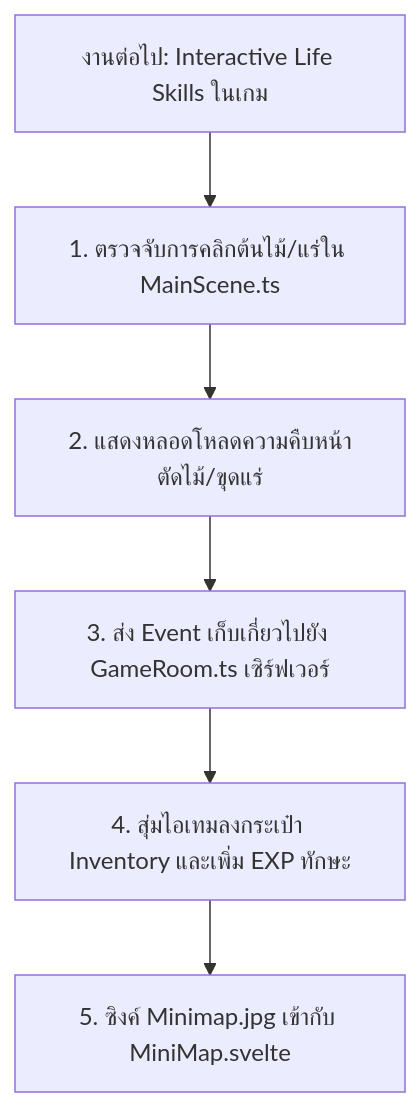
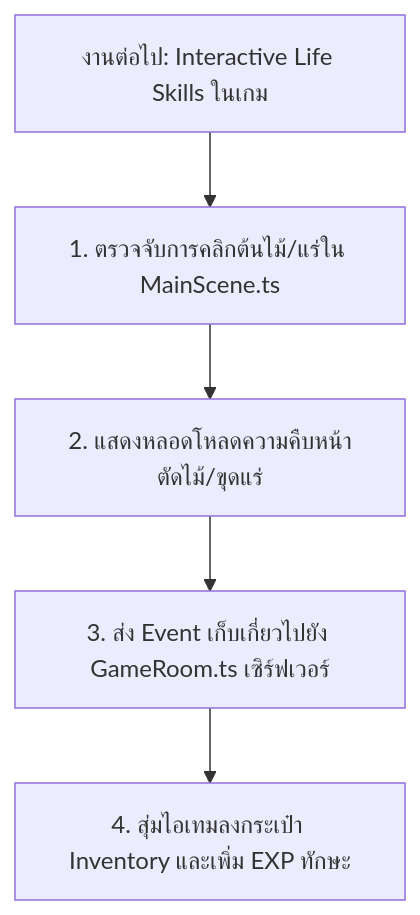
One commit to ZXD44/Drami-ZXD44 changed the diagram in .agent/AI_HANDOVER.md. Above: the diagram before and after it, drawn with Mermaid. The commit also changed other lines of this file, not shown here.

Commit message:
docs: finalize roadmap and checkpoint in AI handover

````diff
--- a/.agent/AI_HANDOVER.md
+++ b/.agent/AI_HANDOVER.md
@@ -83,8 +83,7 @@
 ```mermaid
 graph TD
     A[งานต่อไป: Interactive Life Skills ในเกม] --> B[1. ตรวจจับการคลิกต้นไม้/แร่ใน MainScene.ts]
     B --> C[2. แสดงหลอดโหลดความคืบหน้าตัดไม้/ขุดแร่]
     C --> D[3. ส่ง Event เก็บเกี่ยวไปยัง GameRoom.ts เซิร์ฟเวอร์]
     D --> E[4. สุ่มไอเทมลงกระเป๋า Inventory และเพิ่ม EXP ทักษะ]
-    E --> F[5. ซิงค์ Minimap.jpg เข้ากับ MiniMap.svelte]
 ```
````
